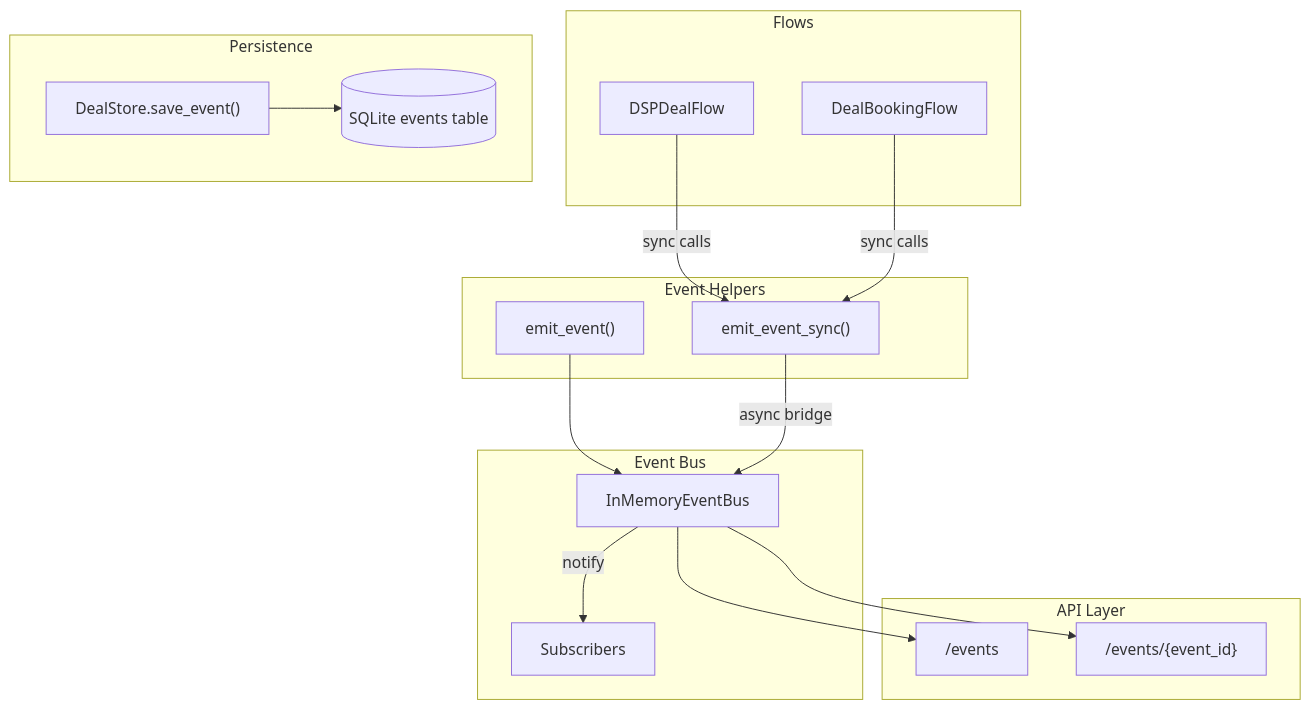
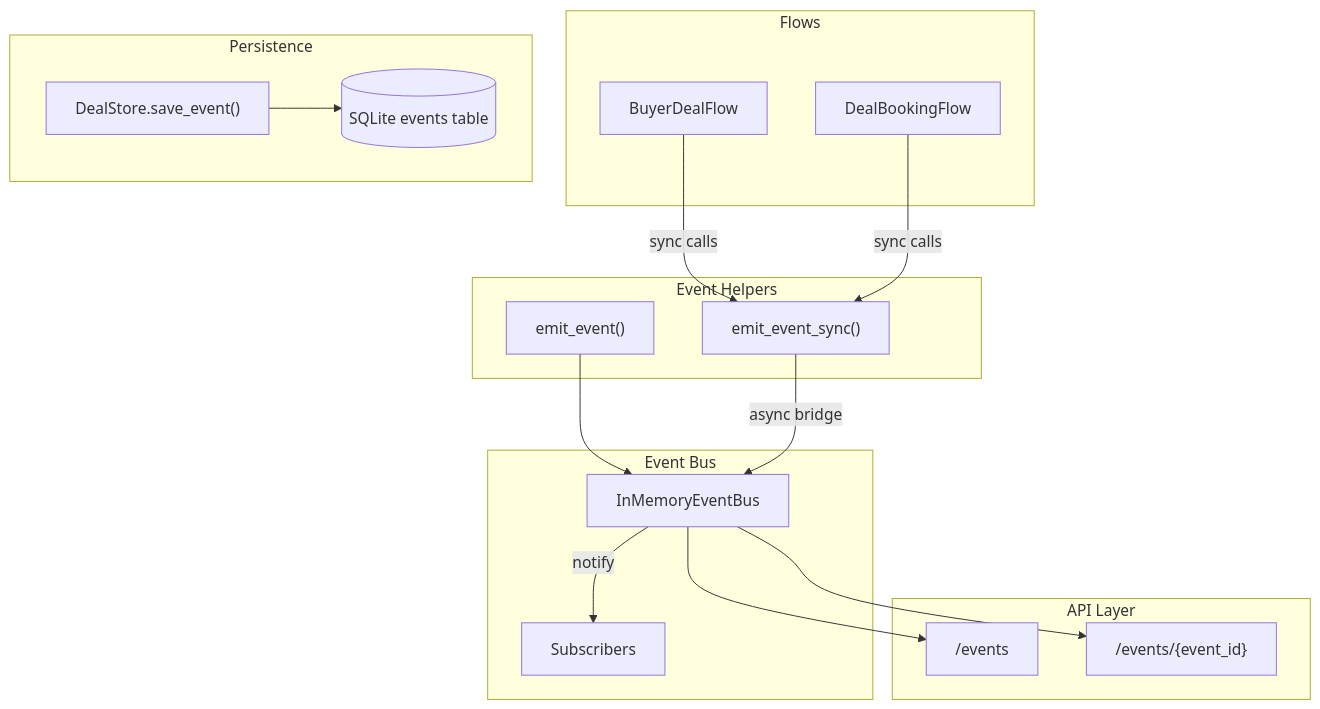
The first of 2 diagrams in docs/event-bus/overview.md (IABTechLab/buyer-agent), drawn with Mermaid before and after one commit. The commit also changed other lines of this file and 35 other files, not shown here.

First line of the commit message:
Rename DSP → BuyerDealFlow across code, tests, and docs (#81)

````diff
--- a/docs/event-bus/overview.md
+++ b/docs/event-bus/overview.md
@@ -23,36 +23,36 @@
 ```mermaid
 graph TB
     subgraph Flows
-        DSP["DSPDealFlow"]
+        DSP["BuyerDealFlow"]
         DBF["DealBookingFlow"]
     end
 
     subgraph "Event Helpers"
         ES["emit_event_sync()"]
         EA["emit_event()"]
     end
 
     subgraph "Event Bus"
         BUS["InMemoryEventBus"]
         SUBS["Subscribers"]
     end
 
     subgraph "Persistence"
         STORE["DealStore.save_event()"]
         DB[("SQLite events table")]
     end
 
     subgraph "API Layer"
         LIST["/events"]
         GET["/events/{event_id}"]
     end
 
     DSP -->|sync calls| ES
     DBF -->|sync calls| ES
     EA --> BUS
     ES -->|async bridge| BUS
     BUS -->|notify| SUBS
     BUS --> LIST
     BUS --> GET
     STORE --> DB
 ```
````
